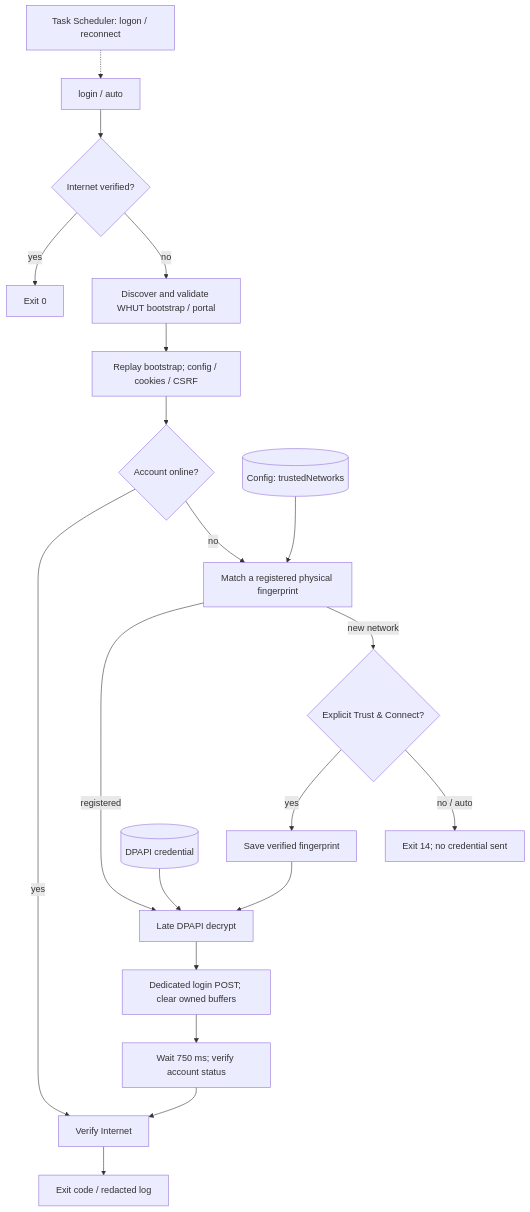
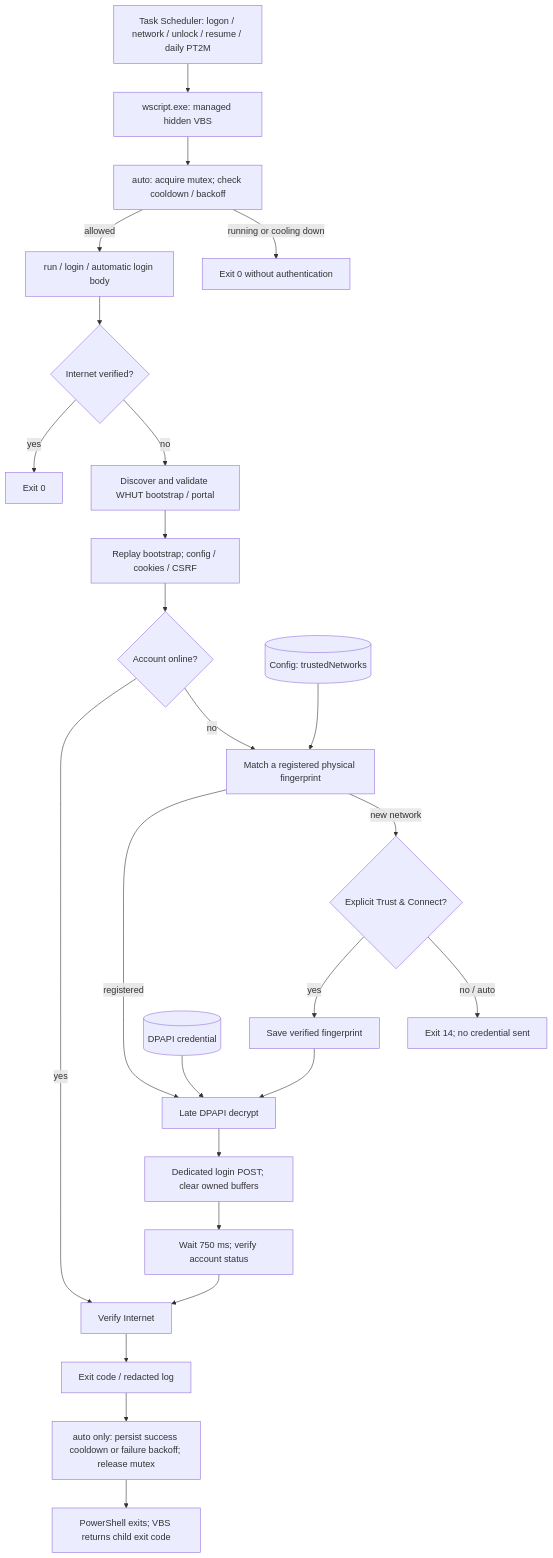
The diagram in docs/architecture/README.md (styayur/wutnet), drawn with Mermaid before and after one commit. The commit also changed other lines of this file and 20 other files, not shown here.

First line of the commit message:
feat: complete hidden task recovery and PowerShell quality gates (#7)

````diff
--- a/docs/architecture/README.md
+++ b/docs/architecture/README.md
@@ -31,21 +35,26 @@
 ```mermaid
 flowchart TD
-  Start[login / auto] --> Probe{Internet verified?}
+  Start[run / login / automatic login body] --> Probe{Internet verified?}
   Probe -->|yes| Done[Exit 0]
   Probe -->|no| Portal[Discover and validate WHUT bootstrap / portal]
   Portal --> Session[Replay bootstrap; config / cookies / CSRF]
   Session --> Status{Account online?}
   Status -->|yes| Verify[Verify Internet]
   Status -->|no| Trust[Match a registered physical fingerprint]
   Config[(Config: trustedNetworks)] --> Trust
   Trust -->|registered| Decrypt[Late DPAPI decrypt]
   Trust -->|new network| Approval{Explicit Trust & Connect?}
   Approval -->|yes| Register[Save verified fingerprint]
   Register --> Decrypt
   Approval -->|no / auto| Refuse[Exit 14; no credential sent]
   Store[(DPAPI credential)] --> Decrypt
   Decrypt --> Login[Dedicated login POST; clear owned buffers]
   Login --> Check[Wait 750 ms; verify account status]
   Check --> Verify --> Result[Exit code / redacted log]
-  Scheduler[Task Scheduler: logon / reconnect] -.-> Start
+  Scheduler[Task Scheduler: logon / network / unlock / resume / daily PT2M] --> WSH[wscript.exe: managed hidden VBS]
+  WSH --> Auto[auto: acquire mutex; check cooldown / backoff]
+  Auto -->|allowed| Start
+  Auto -->|running or cooling down| Skip[Exit 0 without authentication]
+  Result --> AutoState[auto only: persist success cooldown or failure backoff; release mutex]
+  AutoState --> ChildExit[PowerShell exits; VBS returns child exit code]
 ```
````
